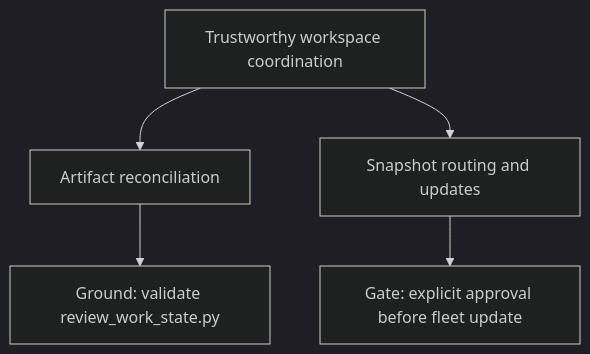
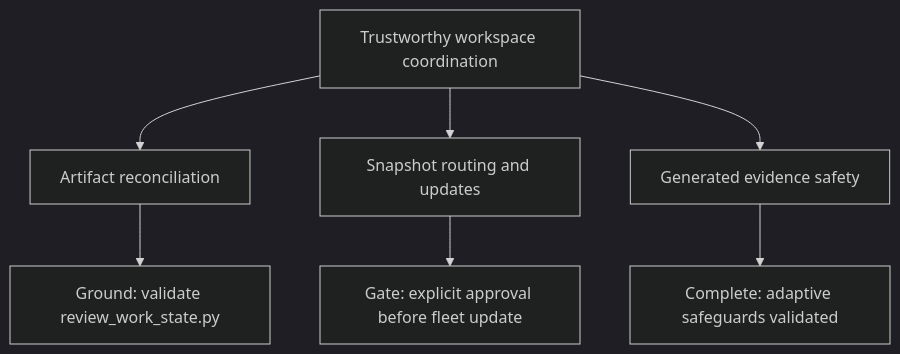
Before and after one commit to PC-Redemption/tool_shed: the diagram in work/maps/map-tool-shed-evolution.md, drawn with Mermaid (dark theme). The commit also changed other lines of this file and 19 other files, not shown here.

Commit message:
Add adaptive evidence safeguards

````diff
--- a/work/maps/map-tool-shed-evolution.md
+++ b/work/maps/map-tool-shed-evolution.md
@@ -15,7 +15,9 @@
 ```mermaid
 flowchart TD
   A[Trustworthy workspace coordination] --> B[Artifact reconciliation]
   A --> C[Snapshot routing and updates]
+  A --> F[Generated evidence safety]
   B --> D[Ground: validate review_work_state.py]
   C --> E[Gate: explicit approval before fleet update]
+  F --> G[Complete: adaptive safeguards validated]
 ```
````
